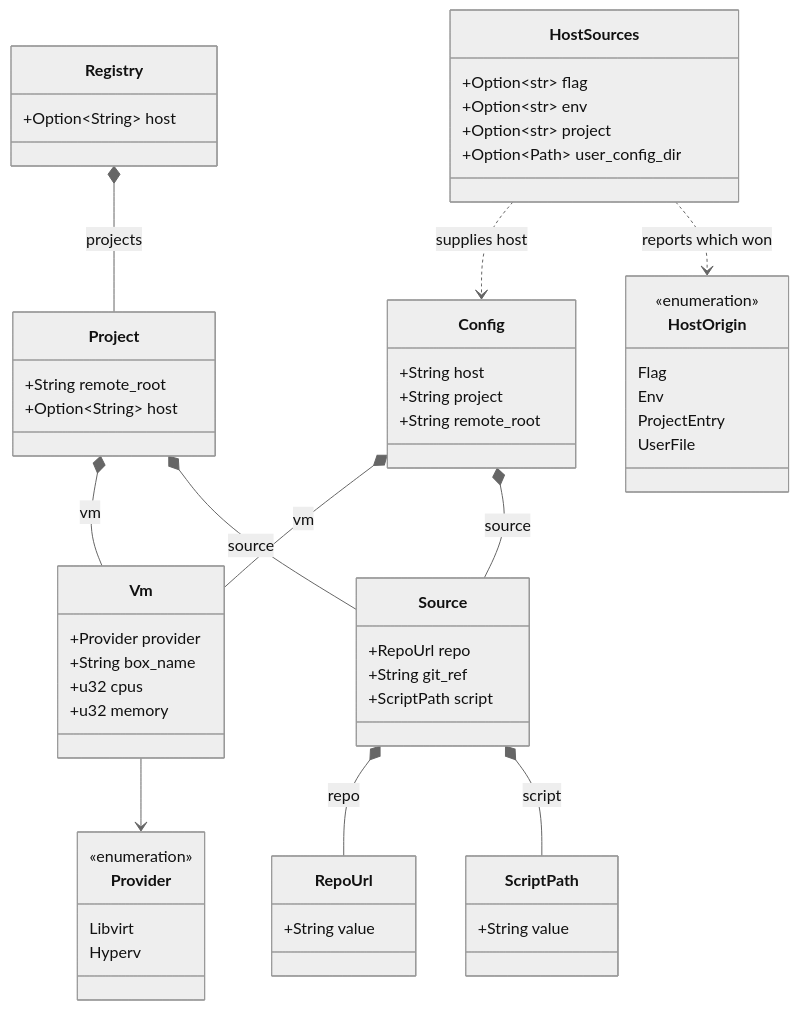
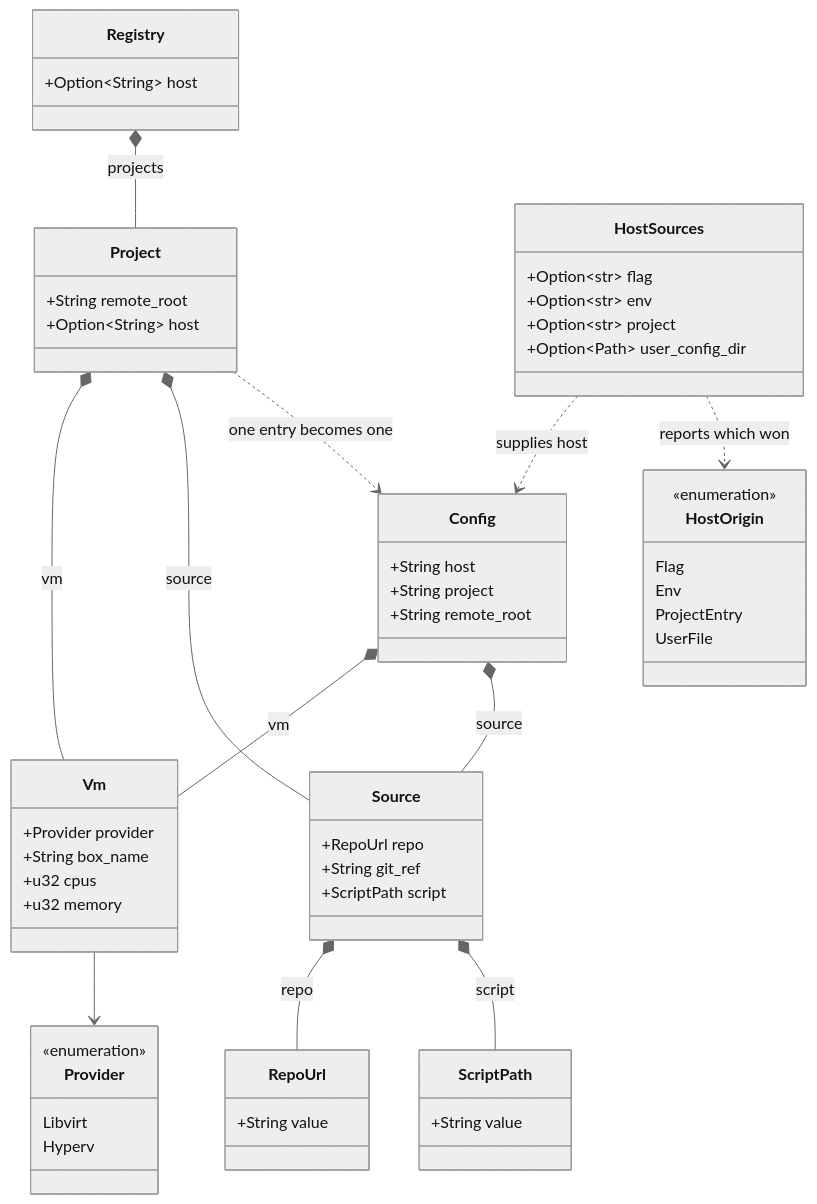
Before and after one commit to breki/bombyx: the third of 6 diagrams in docs/architecture.md, drawn with Mermaid (neutral theme). The commit also changed other lines of this file and 8 other files, not shown here.

````diff
--- a/docs/architecture.md
+++ b/docs/architecture.md
@@ -129,61 +129,62 @@
 ```mermaid
 classDiagram
   class Config {
     +String host
     +String project
     +String remote_root
   }
   class Vm {
     +Provider provider
     +String box_name
     +u32 cpus
     +u32 memory
   }
   class Source {
     +RepoUrl repo
     +String git_ref
     +ScriptPath script
   }
   class RepoUrl {
     +String value
   }
   class ScriptPath {
     +String value
   }
   class Provider {
     <<enumeration>>
     Libvirt
     Hyperv
   }
   class Registry {
     +Option~String~ host
   }
   class Project {
     +String remote_root
     +Option~String~ host
   }
   class HostSources {
     +Option~str~ flag
     +Option~str~ env
     +Option~str~ project
     +Option~Path~ user_config_dir
   }
   class HostOrigin {
     <<enumeration>>
     Flag
     Env
     ProjectEntry
     UserFile
   }
 
   Config *-- Vm : vm
   Config *-- Source : source
   Registry *-- Project : projects
   Project *-- Vm : vm
   Project *-- Source : source
+  Project ..> Config : one entry becomes one
   Vm --> Provider
   Source *-- RepoUrl : repo
   Source *-- ScriptPath : script
   HostSources ..> Config : supplies host
   HostSources ..> HostOrigin : reports which won
 ```
````
